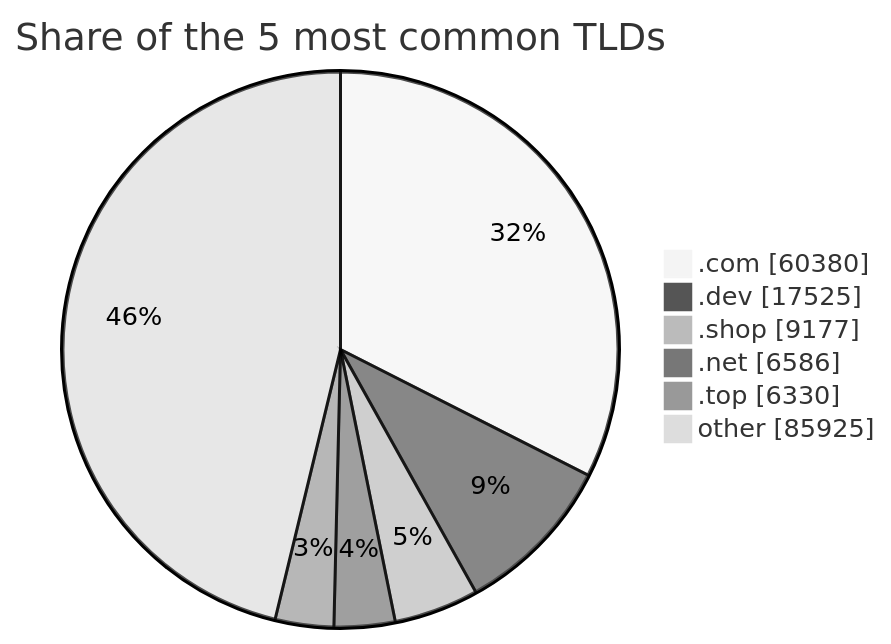
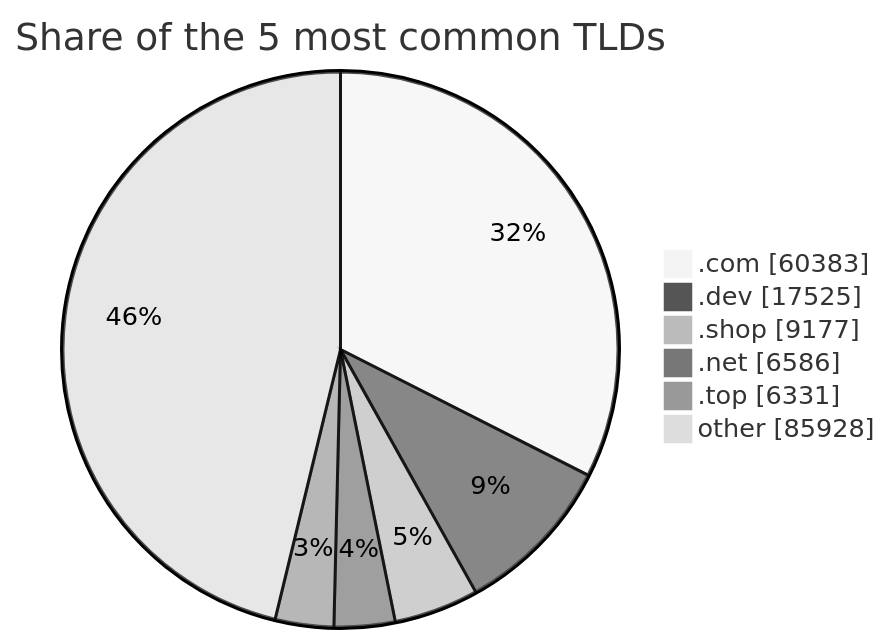
Before and after one commit to DNSBunker/CTI: the third of 3 diagrams in README.md, drawn with Mermaid (neutral theme). The commit also changed other lines of this file and 3 other files, not shown here.

````diff
--- a/README.md
+++ b/README.md
@@ -81,9 +81,9 @@
 ```mermaid
 pie showData title Share of the 5 most common TLDs
-    ".com" : 60380
+    ".com" : 60383
     ".dev" : 17525
     ".shop" : 9177
     ".net" : 6586
-    ".top" : 6330
-    "other" : 85925
+    ".top" : 6331
+    "other" : 85928
 ```
````
